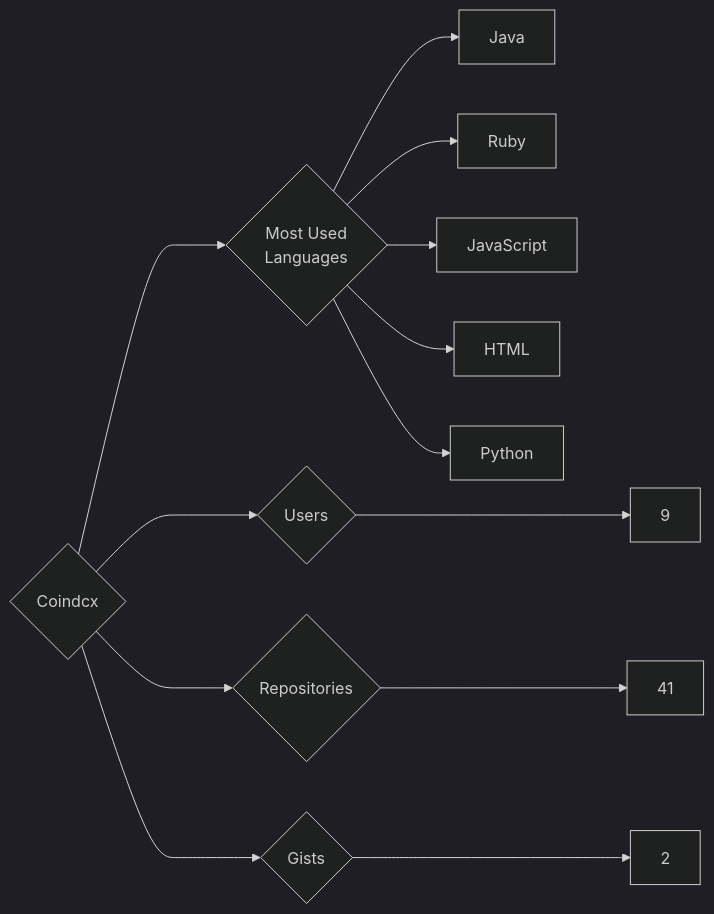
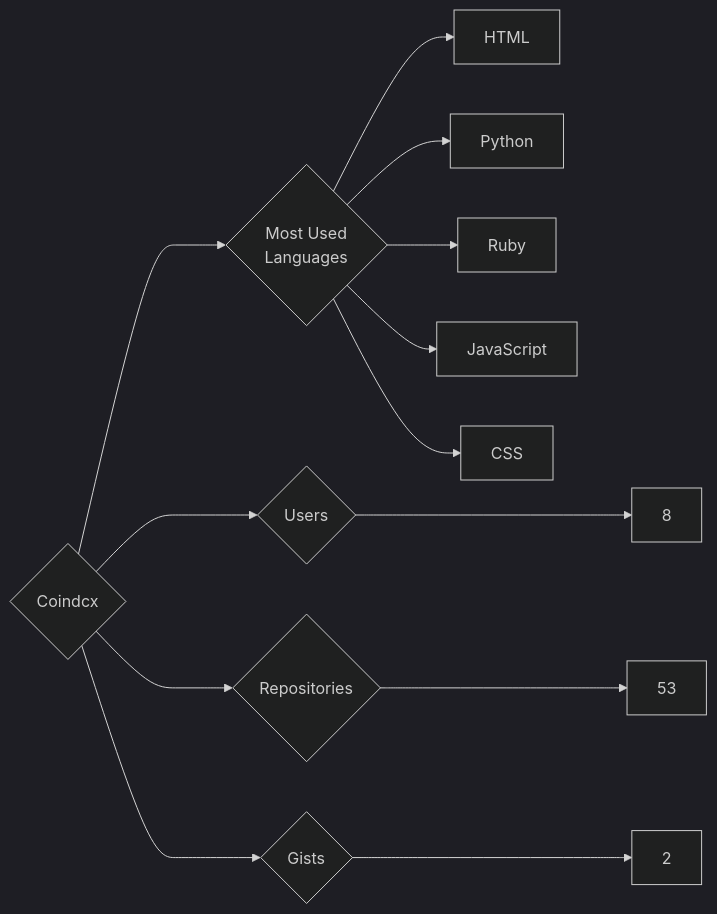
Before and after one commit to trickest/insiders: the diagram in targets/Coindcx/README.md, drawn with Mermaid (dark theme). The commit also changed 724 other files, not shown here.

````diff
--- a/targets/Coindcx/README.md
+++ b/targets/Coindcx/README.md
@@ -3,13 +3,13 @@
 ```mermaid
 graph LR
 COMPANY_NAME{Coindcx}
-COMPANY_NAME ---> U{Users} ---> UN[9]
-COMPANY_NAME ---> R{Repositories} ---> RN[41]
+COMPANY_NAME ---> U{Users} ---> UN[8]
+COMPANY_NAME ---> R{Repositories} ---> RN[53]
 COMPANY_NAME ---> G{Gists} ---> GN[2]
 COMPANY_NAME ---> ML{Most Used<br>Languages}
-ML --> Java[Java]
+ML --> HTML[HTML]
+ML --> Python[Python]
 ML --> Ruby[Ruby]
 ML --> JavaScript[JavaScript]
-ML --> HTML[HTML]
-ML --> Python[Python]
+ML --> CSS[CSS]
 ```
````
